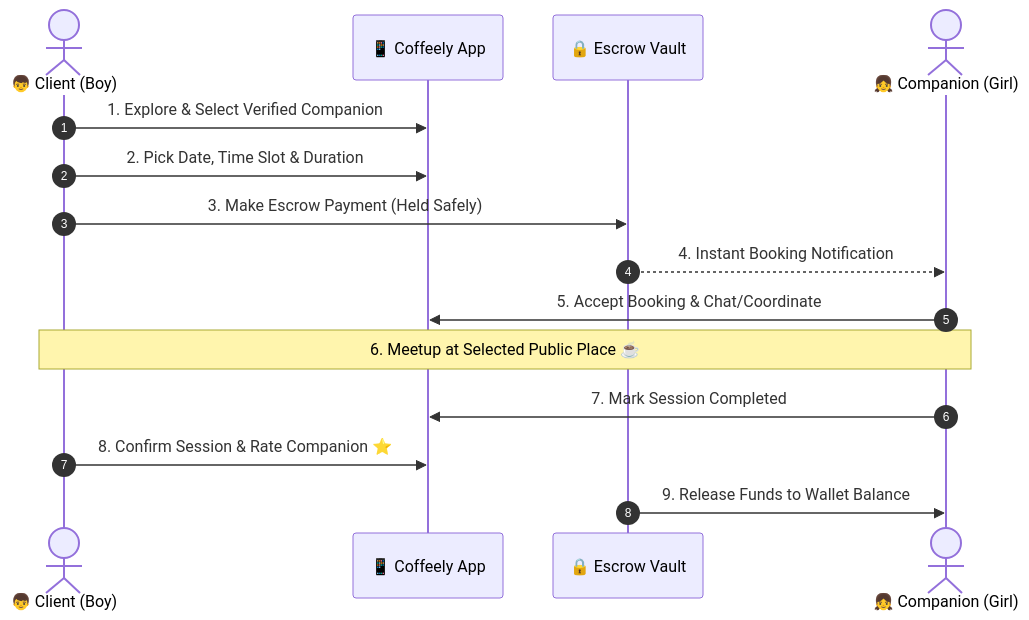
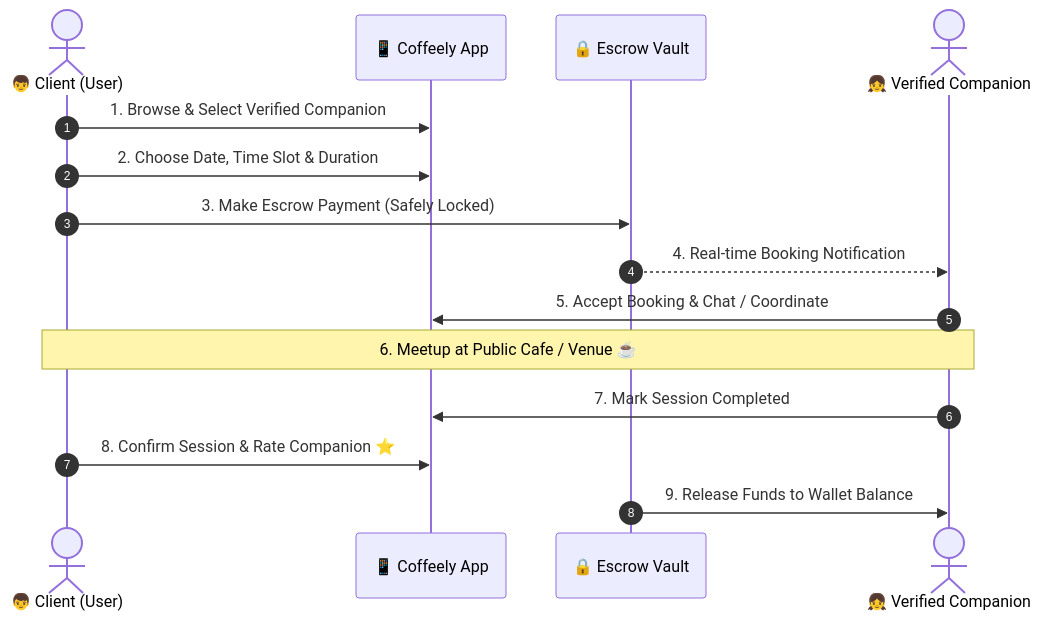
Before and after one commit to Priyanshu-kumar-maurya/companion-app: the diagram in README.md, drawn with Mermaid. The commit also changed other lines of this file, not shown here.

````diff
--- a/README.md
+++ b/README.md
@@ -113,18 +118,18 @@
 ```mermaid
 sequenceDiagram
     autonumber
-    actor Client as 👦 Client (Boy)
+    actor Client as 👦 Client (User)
     participant App as 📱 Coffeely App
     participant Escrow as 🔒 Escrow Vault
-    actor Companion as 👧 Companion (Girl)
+    actor Companion as 👧 Verified Companion
 
-    Client->>App: 1. Explore & Select Verified Companion
-    Client->>App: 2. Pick Date, Time Slot & Duration
-    Client->>Escrow: 3. Make Escrow Payment (Held Safely)
-    Escrow-->>Companion: 4. Instant Booking Notification
-    Companion->>App: 5. Accept Booking & Chat/Coordinate
-    Note over Client, Companion: 6. Meetup at Selected Public Place ☕
+    Client->>App: 1. Browse & Select Verified Companion
+    Client->>App: 2. Choose Date, Time Slot & Duration
+    Client->>Escrow: 3. Make Escrow Payment (Safely Locked)
+    Escrow-->>Companion: 4. Real-time Booking Notification
+    Companion->>App: 5. Accept Booking & Chat / Coordinate
+    Note over Client, Companion: 6. Meetup at Public Cafe / Venue ☕
     Companion->>App: 7. Mark Session Completed
     Client->>App: 8. Confirm Session & Rate Companion ⭐
     Escrow->>Companion: 9. Release Funds to Wallet Balance
 ```
````
